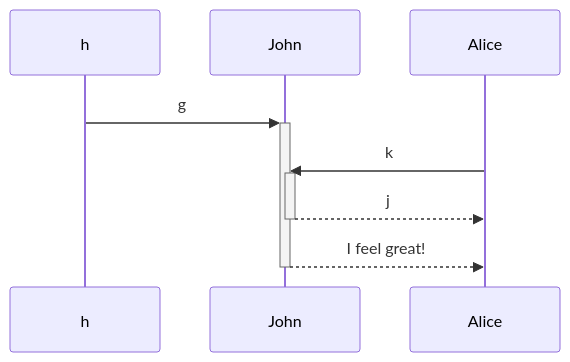
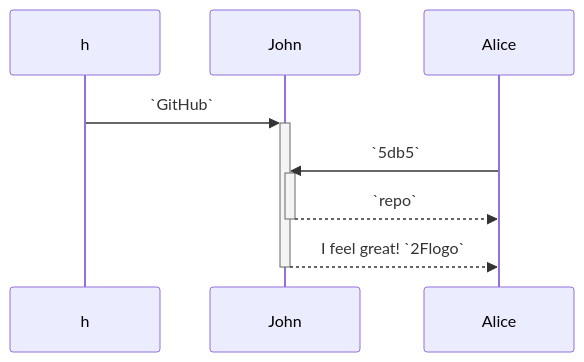
Before and after one commit to Noaozer/NoaRepo: the first of 4 diagrams in .swm/860qfwrre.2b9fg.sw.md, drawn with Mermaid. The commit also changed other lines of this file, not shown here.

Commit message:
docs(swimm): update doc: "#860qfwrre"

````diff
--- a/.swm/860qfwrre.2b9fg.sw.md
+++ b/.swm/860qfwrre.2b9fg.sw.md
@@ -9,8 +9,8 @@
 ```mermaid
 sequenceDiagram
-h->>+John: g
-Alice->>+John: k
-John-->>-Alice: j
-John-->>-Alice: I feel great!
+h->>+John: `GitHub`
+Alice->>+John: `5db5`
+John-->>-Alice: `repo`
+John-->>-Alice: I feel great! `2Flogo`
 
 ```
````
